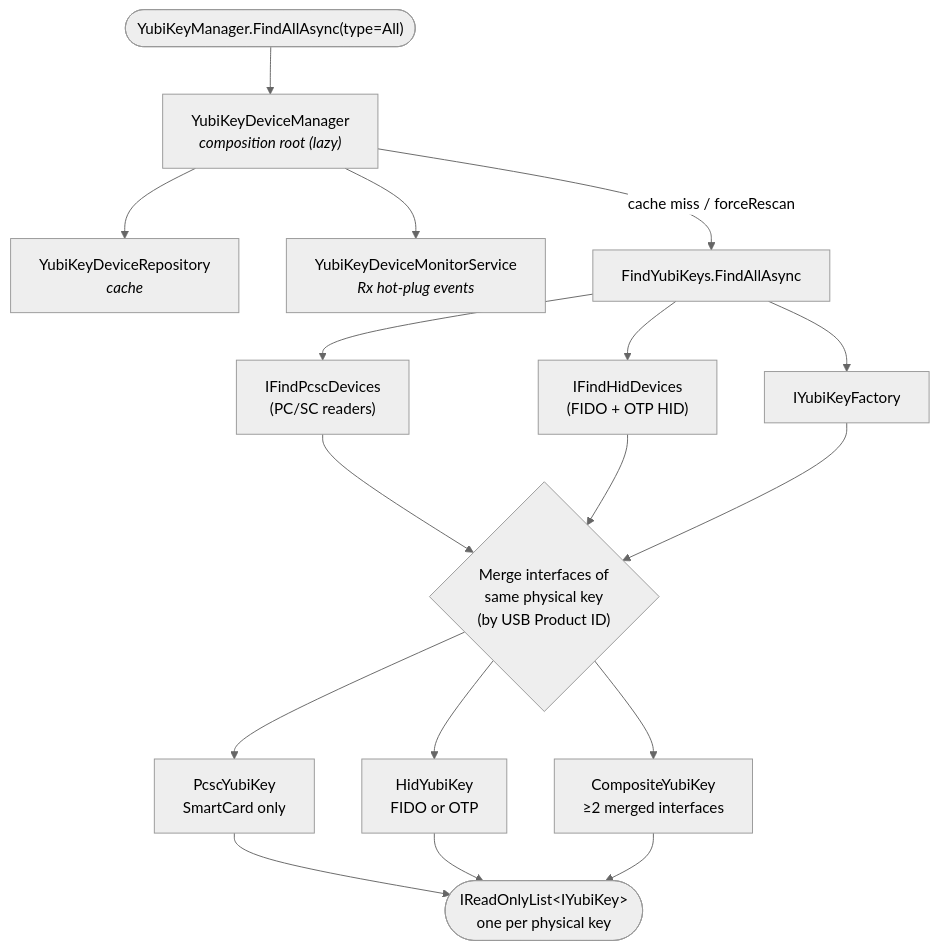
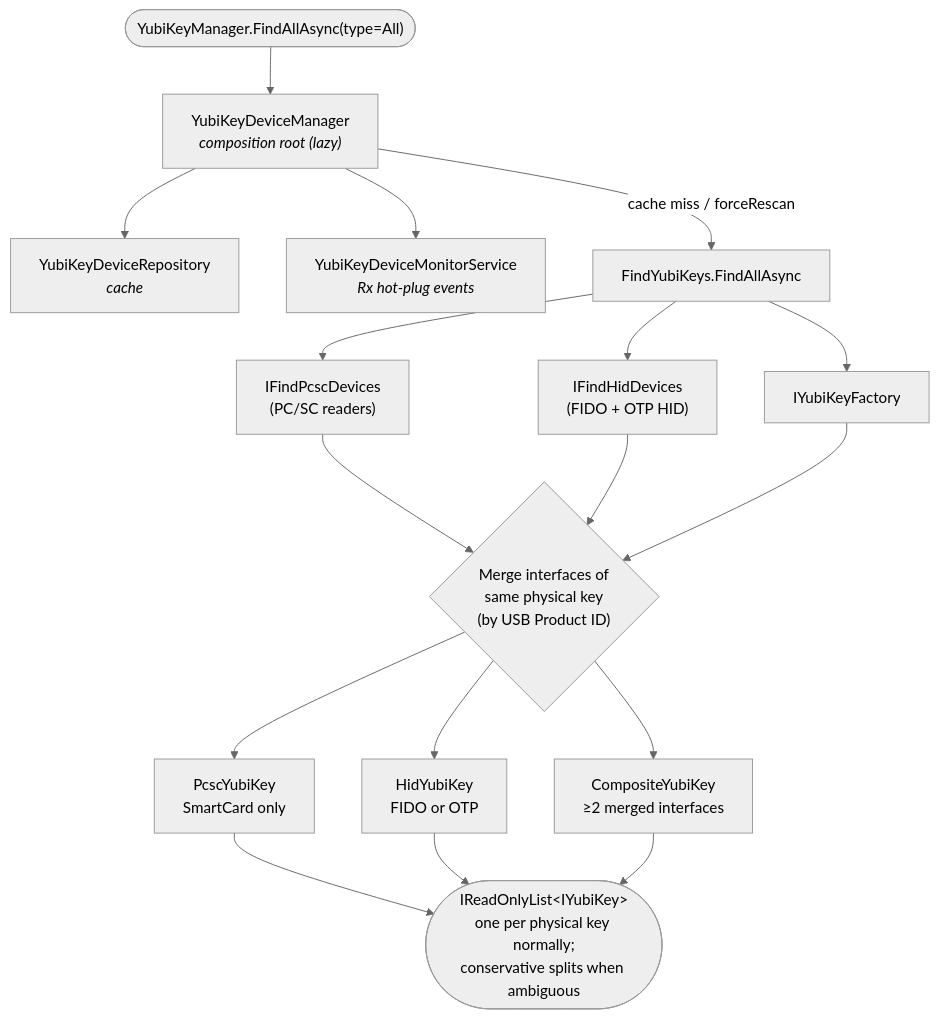
Before and after one commit to Yubico/Yubico.NET.SDK: the sixth of 7 diagrams in docs/architecture/sdk-architecture-diagrams.md, drawn with Mermaid (neutral theme). The commit also changed other lines of this file and 14 other files, not shown here.

````diff
--- a/docs/architecture/sdk-architecture-diagrams.md
+++ b/docs/architecture/sdk-architecture-diagrams.md
@@ -282,37 +285,37 @@
 ```mermaid
 flowchart TD
     Start(["YubiKeyManager.FindAllAsync(type=All)"])
     Mgr["YubiKeyDeviceManager<br/><i>composition root (lazy)</i>"]
     Repo["YubiKeyDeviceRepository<br/><i>cache</i>"]
     Mon["YubiKeyDeviceMonitorService<br/><i>Rx hot-plug events</i>"]
     Find["FindYubiKeys.FindAllAsync"]
 
     FPcsc["IFindPcscDevices<br/>(PC/SC readers)"]
     FHid["IFindHidDevices<br/>(FIDO + OTP HID)"]
     Factory["IYubiKeyFactory"]
 
     Merge{"Merge interfaces of<br/>same physical key<br/>(by USB Product ID)"}
 
     Pcsc["PcscYubiKey<br/>SmartCard only"]
     Hid["HidYubiKey<br/>FIDO or OTP"]
     Comp["CompositeYubiKey<br/>≥2 merged interfaces"]
 
-    Result(["IReadOnlyList&lt;IYubiKey&gt;<br/>one per physical key"])
+    Result(["IReadOnlyList&lt;IYubiKey&gt;<br/>one per physical key normally;<br/>conservative splits when ambiguous"])
 
     Start --> Mgr
     Mgr --> Repo
     Mgr --> Mon
     Mgr -->|cache miss / forceRescan| Find
     Find --> FPcsc
     Find --> FHid
     Find --> Factory
     FPcsc --> Merge
     FHid --> Merge
     Factory --> Merge
     Merge --> Pcsc
     Merge --> Hid
     Merge --> Comp
     Pcsc --> Result
     Hid --> Result
     Comp --> Result
 ```
````
